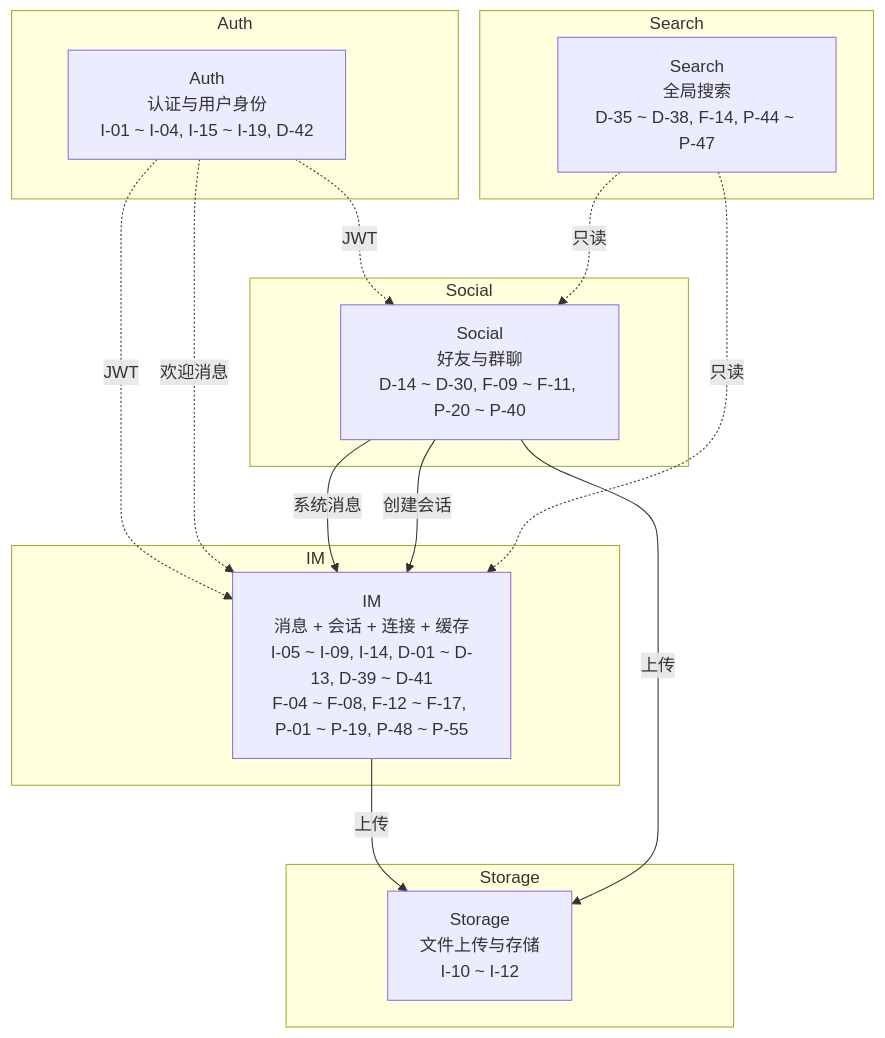
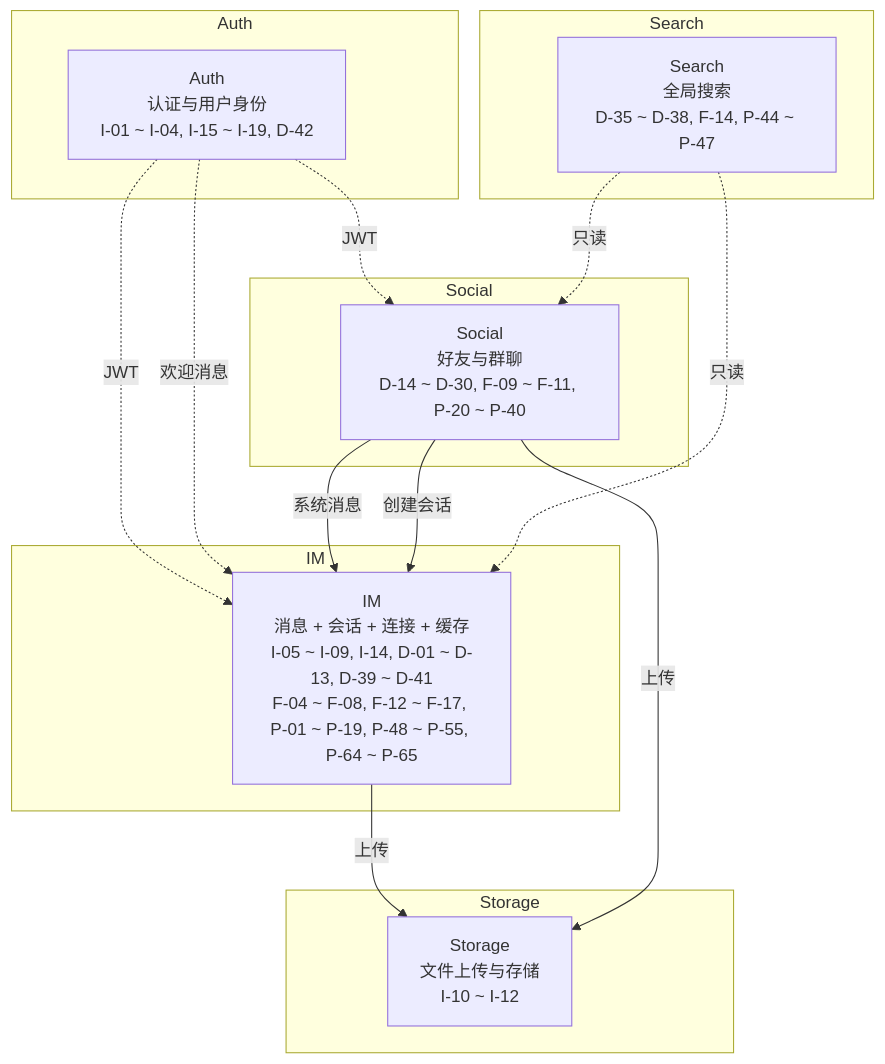
Before and after one commit to toly1994328/flash_im_by_ai: the first of 6 diagrams in docs/features/archiver/index.md, drawn with Mermaid. The commit also changed other lines of this file and 2 other files, not shown here.

````diff
--- a/docs/features/archiver/index.md
+++ b/docs/features/archiver/index.md
@@ -206,28 +208,28 @@
 ```mermaid
 graph TB
     subgraph Storage
         S[Storage<br/>文件上传与存储<br/>I-10 ~ I-12]
     end
     subgraph Auth
         A[Auth<br/>认证与用户身份<br/>I-01 ~ I-04, I-15 ~ I-19, D-42]
     end
     subgraph Search
         R[Search<br/>全局搜索<br/>D-35 ~ D-38, F-14, P-44 ~ P-47]
     end
     subgraph Social
         B[Social<br/>好友与群聊<br/>D-14 ~ D-30, F-09 ~ F-11, P-20 ~ P-40]
     end
     subgraph IM
-        M[IM<br/>消息 + 会话 + 连接 + 缓存<br/>I-05 ~ I-09, I-14, D-01 ~ D-13, D-39 ~ D-41<br/>F-04 ~ F-08, F-12 ~ F-17, P-01 ~ P-19, P-48 ~ P-55]
+        M[IM<br/>消息 + 会话 + 连接 + 缓存<br/>I-05 ~ I-09, I-14, D-01 ~ D-13, D-39 ~ D-41<br/>F-04 ~ F-08, F-12 ~ F-17, P-01 ~ P-19, P-48 ~ P-55, P-64 ~ P-65]
     end
 
     A -.->|JWT| M
     A -.->|JWT| B
     A -.->|欢迎消息| M
     B -->|系统消息| M
     B -->|创建会话| M
     R -.->|只读| M
     R -.->|只读| B
     M -->|上传| S
     B -->|上传| S
 ```
````
